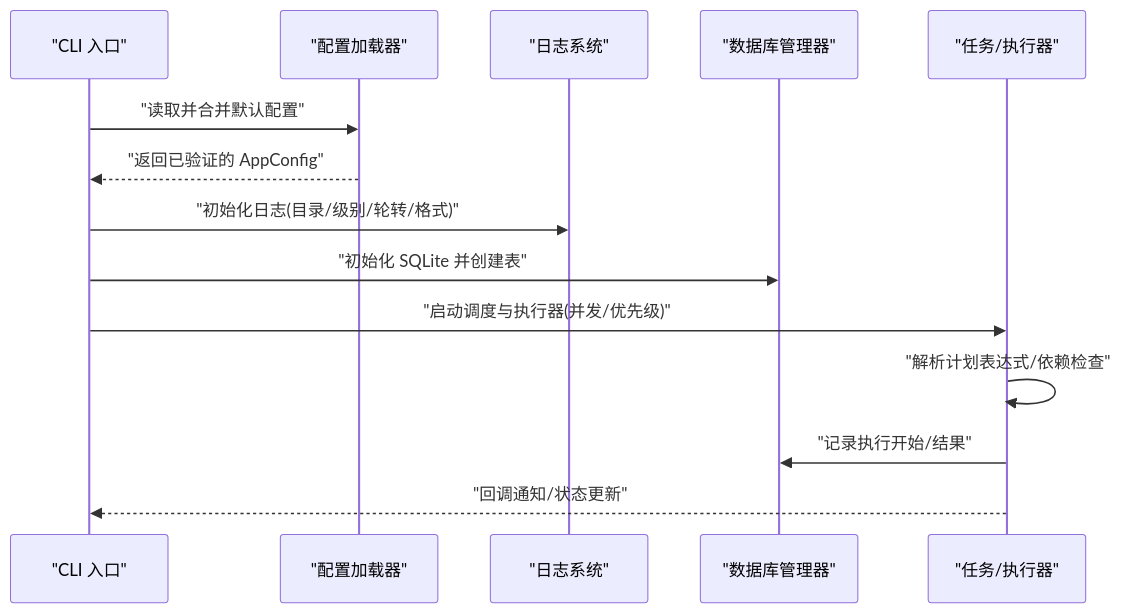
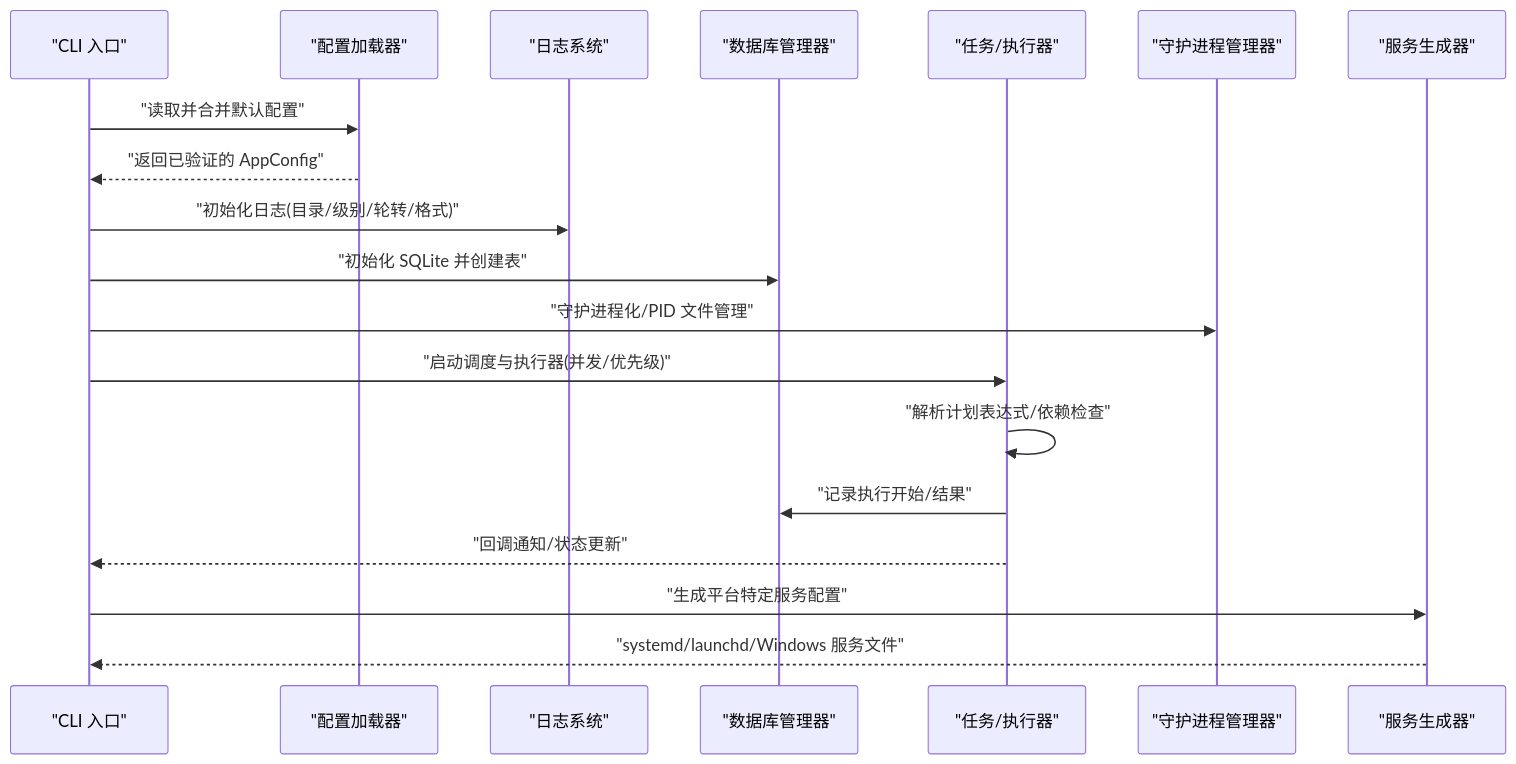
One commit to eden2f/cron-copilot changed the second of 9 diagrams in .qoder/repowiki/zh/content/部署指南.md. Above: the diagram before and after it, drawn with Mermaid. The commit also changed other lines of this file and 21 other files, not shown here.

````diff
--- a/.qoder/repowiki/zh/content/部署指南.md
+++ b/.qoder/repowiki/zh/content/部署指南.md
@@ -82,16 +103,21 @@
 ```mermaid
 sequenceDiagram
 participant CLI as "CLI 入口"
 participant CFG as "配置加载器"
 participant LOG as "日志系统"
 participant DB as "数据库管理器"
 participant SCH as "任务/执行器"
+participant DM as "守护进程管理器"
+participant SG as "服务生成器"
 CLI->>CFG : "读取并合并默认配置"
 CFG-->>CLI : "返回已验证的 AppConfig"
 CLI->>LOG : "初始化日志(目录/级别/轮转/格式)"
 CLI->>DB : "初始化 SQLite 并创建表"
+CLI->>DM : "守护进程化/PID 文件管理"
 CLI->>SCH : "启动调度与执行器(并发/优先级)"
 SCH->>SCH : "解析计划表达式/依赖检查"
 SCH->>DB : "记录执行开始/结果"
 SCH-->>CLI : "回调通知/状态更新"
+CLI->>SG : "生成平台特定服务配置"
+SG-->>CLI : "systemd/launchd/Windows 服务文件"
 ```
````
